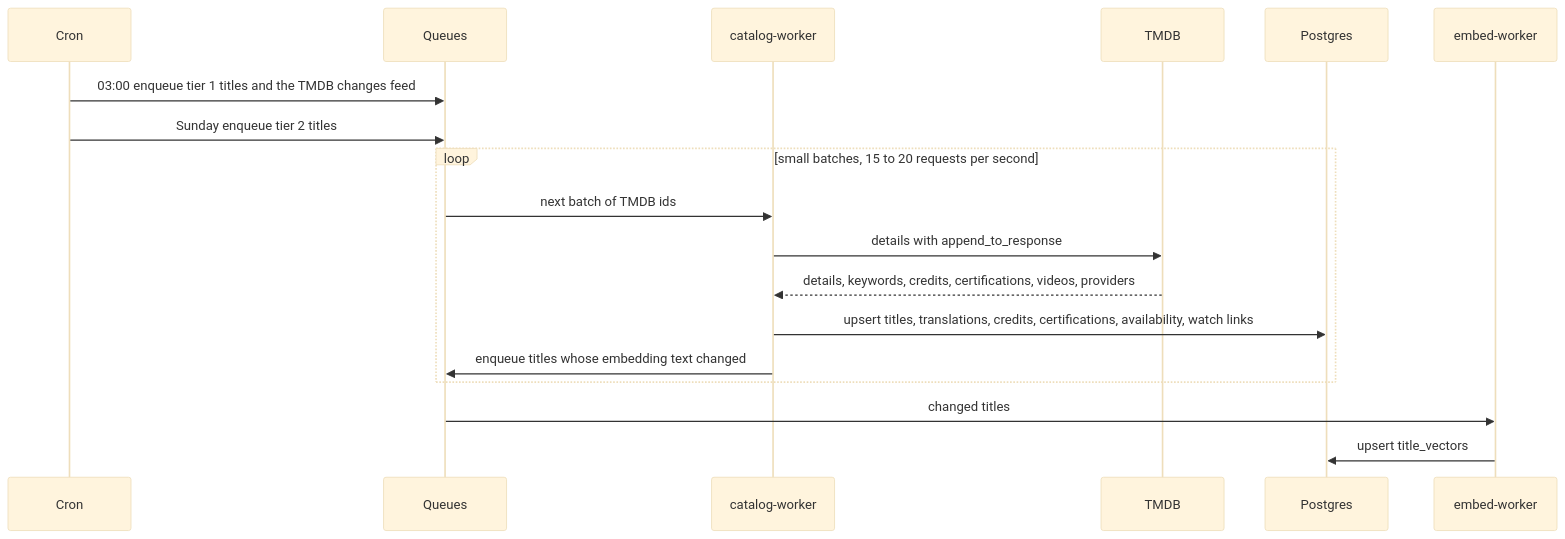
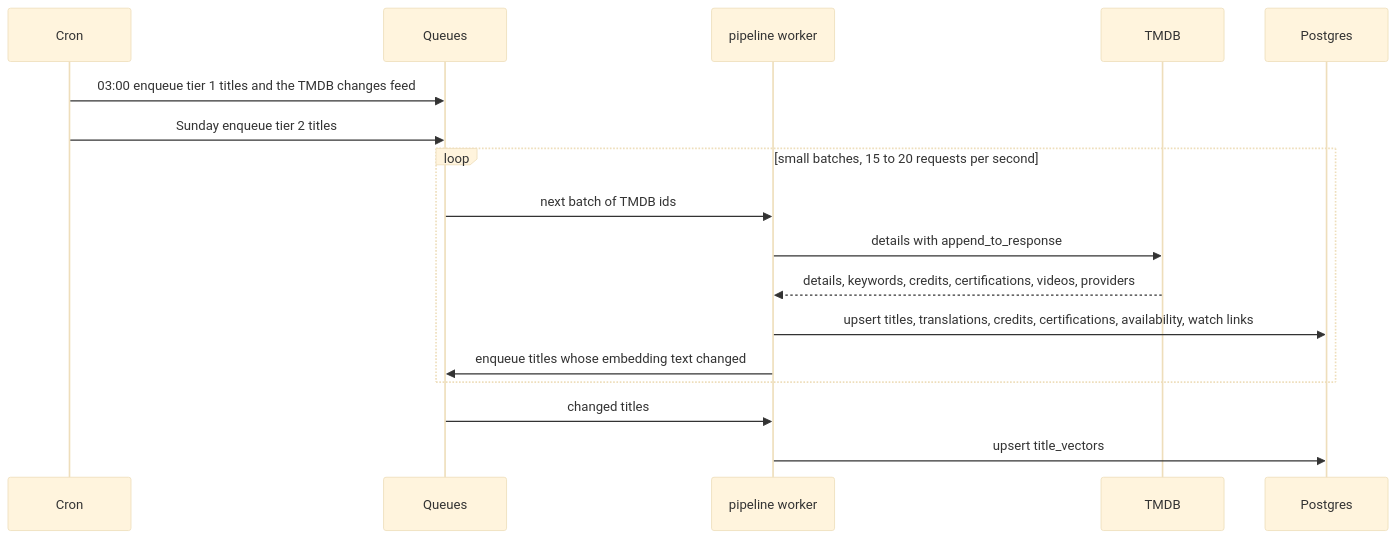
Before and after one commit to harryviennot/flimme: the eighth of 11 diagrams in docs/data-model/README.md, drawn with Mermaid (base theme). The commit also changed other lines of this file and 2 other files, not shown here.

First line of the commit message:
Put the app behind an api schema and add the recommendation server

````diff
--- a/docs/data-model/README.md
+++ b/docs/data-model/README.md
@@ -467,20 +604,19 @@
 ```mermaid
 sequenceDiagram
   participant C as Cron
   participant Q as Queues
-  participant W as catalog-worker
+  participant W as pipeline worker
   participant T as TMDB
   participant DB as Postgres
-  participant E as embed-worker
   C->>Q: 03:00 enqueue tier 1 titles and the TMDB changes feed
   C->>Q: Sunday enqueue tier 2 titles
   loop small batches, 15 to 20 requests per second
     Q->>W: next batch of TMDB ids
     W->>T: details with append_to_response
     T-->>W: details, keywords, credits, certifications, videos, providers
     W->>DB: upsert titles, translations, credits, certifications, availability, watch links
     W->>Q: enqueue titles whose embedding text changed
   end
-  Q->>E: changed titles
-  E->>DB: upsert title_vectors
+  Q->>W: changed titles
+  W->>DB: upsert title_vectors
 ```
````
